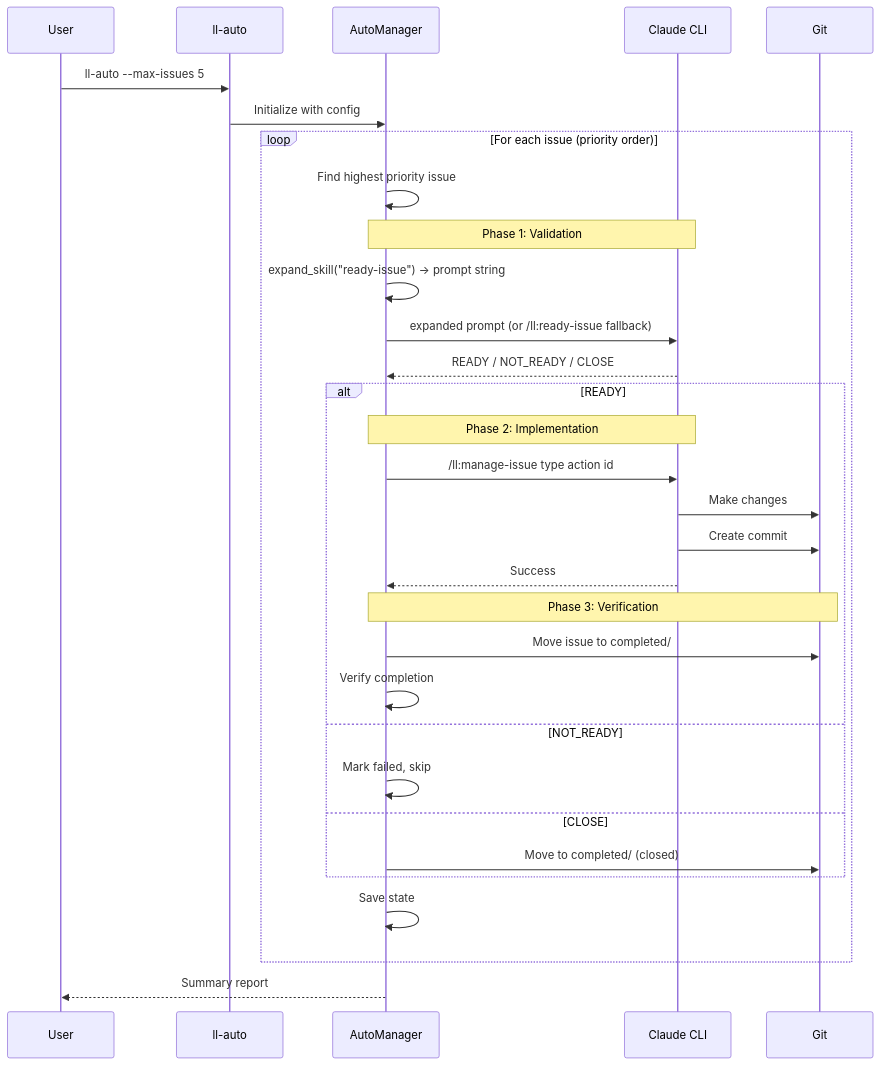
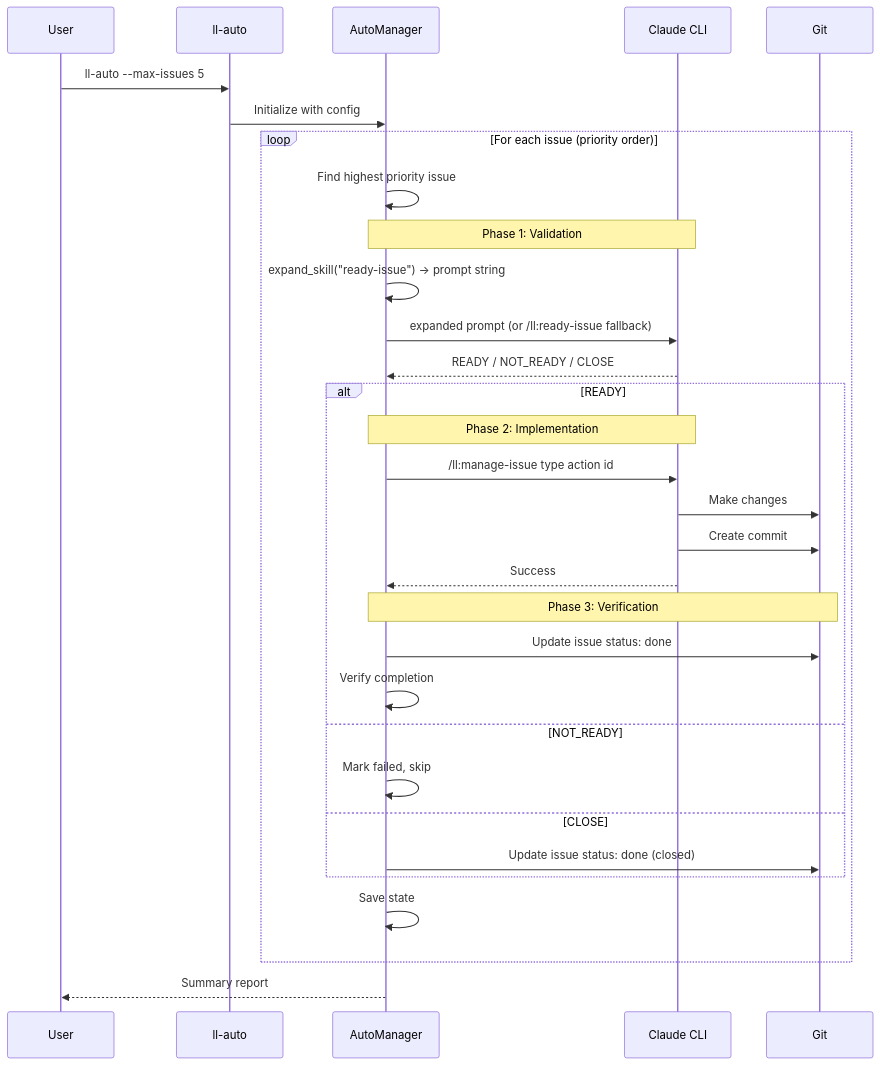
One commit to BrennonTWilliams/little-loops changed the second of 13 diagrams in docs/ARCHITECTURE.md. Above: the diagram before and after it, drawn with Mermaid. The commit also changed other lines of this file and 33 other files, not shown here.

First line of the commit message:
improve(commands,skills,docs): decouple issue status from directory structure (ENH-1421)

````diff
--- a/docs/ARCHITECTURE.md
+++ b/docs/ARCHITECTURE.md
@@ -307,40 +303,40 @@
 ```mermaid
 sequenceDiagram
     participant User
     participant CLI as ll-auto
     participant Manager as AutoManager
     participant Claude as Claude CLI
     participant Git
 
     User->>CLI: ll-auto --max-issues 5
     CLI->>Manager: Initialize with config
 
     loop For each issue (priority order)
         Manager->>Manager: Find highest priority issue
 
         Note over Manager,Claude: Phase 1: Validation
         Manager->>Manager: expand_skill("ready-issue") → prompt string
         Manager->>Claude: expanded prompt (or /ll:ready-issue fallback)
         Claude-->>Manager: READY / NOT_READY / CLOSE
 
         alt READY
             Note over Manager,Claude: Phase 2: Implementation
             Manager->>Claude: /ll:manage-issue type action id
             Claude->>Git: Make changes
             Claude->>Git: Create commit
             Claude-->>Manager: Success
 
             Note over Manager,Git: Phase 3: Verification
-            Manager->>Git: Move issue to completed/
+            Manager->>Git: Update issue status: done
             Manager->>Manager: Verify completion
         else NOT_READY
             Manager->>Manager: Mark failed, skip
         else CLOSE
-            Manager->>Git: Move to completed/ (closed)
+            Manager->>Git: Update issue status: done (closed)
         end
 
         Manager->>Manager: Save state
     end
 
     Manager-->>User: Summary report
 ```
````
